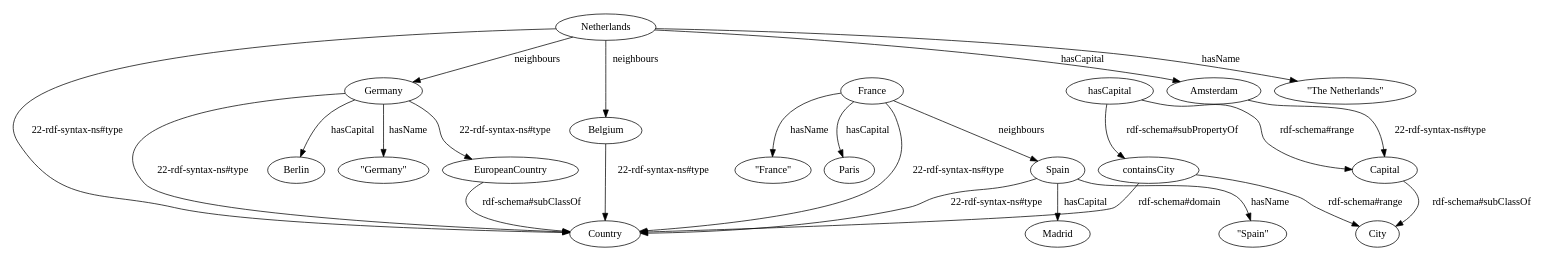
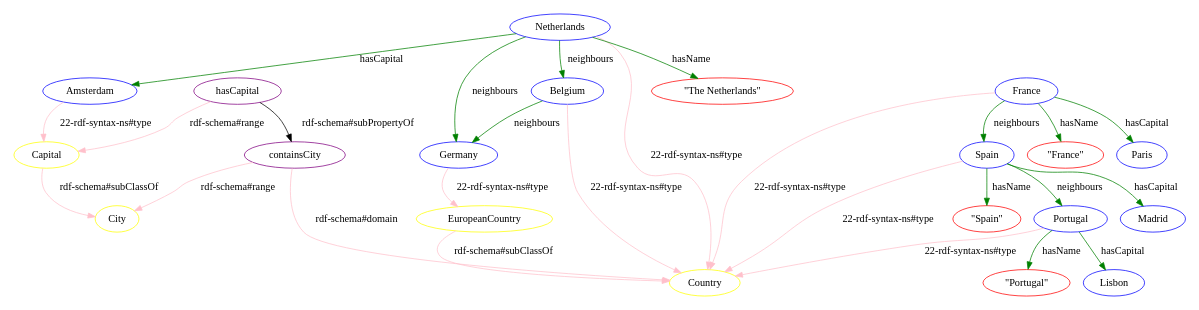
One commit to mttvu/knowledge-and-data changed the diagram in Assignments/Assignment_2/Digraph.gv. Above: the diagram before and after it, drawn with Graphviz. The commit also changed 8 other files, not shown here.

```diff
--- a/Assignments/Assignment_2/Digraph.gv
+++ b/Assignments/Assignment_2/Digraph.gv
@@ -1,75 +1,159 @@
 strict digraph {
 	graph [dpi=52]
+	containsCity
+	City
+	containsCity -> City [label="rdf-schema#range"]
+	France
+	Paris
+	France -> Paris [label=hasCapital]
+	hasCapital
+	containsCity
+	hasCapital -> containsCity [label="rdf-schema#subPropertyOf"]
+	hasCapital
+	Capital
+	hasCapital -> Capital [label="rdf-schema#range"]
+	Portugal
+	Lisbon
+	Portugal -> Lisbon [label=hasCapital]
+	Spain
+	Portugal
+	Spain -> Portugal [label=neighbours]
+	Belgium
+	Country
+	Belgium -> Country [label="22-rdf-syntax-ns#type"]
+	Spain
+	"\"Spain\""
+	Spain -> "\"Spain\"" [label=hasName]
+	Portugal
+	"\"Portugal\""
+	Portugal -> "\"Portugal\"" [label=hasName]
 	EuropeanCountry
 	Country
 	EuropeanCountry -> Country [label="rdf-schema#subClassOf"]
 	Germany
-	Country
-	Germany -> Country [label="22-rdf-syntax-ns#type"]
-	hasCapital
-	Capital
-	hasCapital -> Capital [label="rdf-schema#range"]
-	Germany
-	Berlin
-	Germany -> Berlin [label=hasCapital]
-	France
-	"\"France\""
-	France -> "\"France\"" [label=hasName]
-	Germany
 	EuropeanCountry
 	Germany -> EuropeanCountry [label="22-rdf-syntax-ns#type"]
-	Spain
-	"\"Spain\""
-	Spain -> "\"Spain\"" [label=hasName]
+	Netherlands
+	Amsterdam
+	Netherlands -> Amsterdam [label=hasCapital]
 	France
 	Spain
 	France -> Spain [label=neighbours]
 	Netherlands
-	Amsterdam
-	Netherlands -> Amsterdam [label=hasCapital]
-	Netherlands
 	"\"The Netherlands\""
 	Netherlands -> "\"The Netherlands\"" [label=hasName]
+	Netherlands
+	Germany
+	Netherlands -> Germany [label=neighbours]
+	Netherlands
+	Belgium
+	Netherlands -> Belgium [label=neighbours]
+	France
+	Country
+	France -> Country [label="22-rdf-syntax-ns#type"]
 	Capital
 	City
 	Capital -> City [label="rdf-schema#subClassOf"]
+	Spain
+	Country
+	Spain -> Country [label="22-rdf-syntax-ns#type"]
+	Spain
+	Madrid
+	Spain -> Madrid [label=hasCapital]
 	Amsterdam
 	Capital
 	Amsterdam -> Capital [label="22-rdf-syntax-ns#type"]
 	Netherlands
+	Country
+	Netherlands -> Country [label="22-rdf-syntax-ns#type"]
 	Belgium
-	Netherlands -> Belgium [label=neighbours]
-	containsCity
-	City
-	containsCity -> City [label="rdf-schema#range"]
+	Germany
+	Belgium -> Germany [label=neighbours]
 	containsCity
 	Country
 	containsCity -> Country [label="rdf-schema#domain"]
+	France
+	"\"France\""
+	France -> "\"France\"" [label=hasName]
+	Portugal
+	Country
+	Portugal -> Country [label="22-rdf-syntax-ns#type"]
+	containsCity [color=purple]
+	City [color=yellow]
+	containsCity -> City [label="rdf-schema#range" color=pink]
+	France [color=blue]
+	Paris [color=blue]
+	France -> Paris [label=hasCapital color=green]
 	hasCapital
 	containsCity
 	hasCapital -> containsCity [label="rdf-schema#subPropertyOf"]
-	Spain
-	Madrid
-	Spain -> Madrid [label=hasCapital]
-	Netherlands
-	Germany
-	Netherlands -> Germany [label=neighbours]
-	France
-	Paris
-	France -> Paris [label=hasCapital]
-	Germany
-	"\"Germany\""
-	Germany -> "\"Germany\"" [label=hasName]
-	Belgium
-	Country
-	Belgium -> Country [label="22-rdf-syntax-ns#type"]
-	Spain
-	Country
-	Spain -> Country [label="22-rdf-syntax-ns#type"]
-	France
-	Country
-	France -> Country [label="22-rdf-syntax-ns#type"]
-	Netherlands
-	Country
-	Netherlands -> Country [label="22-rdf-syntax-ns#type"]
+	hasCapital [color=purple]
+	Capital [color=yellow]
+	hasCapital -> Capital [label="rdf-schema#range" color=pink]
+	Portugal [color=blue]
+	Lisbon [color=blue]
+	Portugal -> Lisbon [label=hasCapital color=green]
+	Spain [color=blue]
+	Portugal [color=blue]
+	Spain -> Portugal [label=neighbours color=green]
+	Belgium [color=blue]
+	Country [color=yellow]
+	Belgium -> Country [label="22-rdf-syntax-ns#type" color=pink]
+	Spain [color=blue]
+	"\"Spain\"" [color=red]
+	Spain -> "\"Spain\"" [label=hasName color=green]
+	Portugal [color=blue]
+	"\"Portugal\"" [color=red]
+	Portugal -> "\"Portugal\"" [label=hasName color=green]
+	EuropeanCountry [color=yellow]
+	Country [color=yellow]
+	EuropeanCountry -> Country [label="rdf-schema#subClassOf" color=pink]
+	Germany [color=blue]
+	EuropeanCountry [color=yellow]
+	Germany -> EuropeanCountry [label="22-rdf-syntax-ns#type" color=pink]
+	Netherlands [color=blue]
+	Amsterdam [color=blue]
+	Netherlands -> Amsterdam [label=hasCapital color=green]
+	France [color=blue]
+	Spain [color=blue]
+	France -> Spain [label=neighbours color=green]
+	Netherlands [color=blue]
+	"\"The Netherlands\"" [color=red]
+	Netherlands -> "\"The Netherlands\"" [label=hasName color=green]
+	Netherlands [color=blue]
+	Germany [color=blue]
+	Netherlands -> Germany [label=neighbours color=green]
+	Netherlands [color=blue]
+	Belgium [color=blue]
+	Netherlands -> Belgium [label=neighbours color=green]
+	France [color=blue]
+	Country [color=yellow]
+	France -> Country [label="22-rdf-syntax-ns#type" color=pink]
+	Capital [color=yellow]
+	City [color=yellow]
+	Capital -> City [label="rdf-schema#subClassOf" color=pink]
+	Spain [color=blue]
+	Country [color=yellow]
+	Spain -> Country [label="22-rdf-syntax-ns#type" color=pink]
+	Spain [color=blue]
+	Madrid [color=blue]
+	Spain -> Madrid [label=hasCapital color=green]
+	Amsterdam [color=blue]
+	Capital [color=yellow]
+	Amsterdam -> Capital [label="22-rdf-syntax-ns#type" color=pink]
+	Netherlands [color=blue]
+	Country [color=yellow]
+	Netherlands -> Country [label="22-rdf-syntax-ns#type" color=pink]
+	Belgium [color=blue]
+	Germany [color=blue]
+	Belgium -> Germany [label=neighbours color=green]
+	containsCity [color=purple]
+	Country [color=yellow]
+	containsCity -> Country [label="rdf-schema#domain" color=pink]
+	France [color=blue]
+	"\"France\"" [color=red]
+	France -> "\"France\"" [label=hasName color=green]
+	Portugal [color=blue]
+	Country [color=yellow]
+	Portugal -> Country [label="22-rdf-syntax-ns#type" color=pink]
 }
```
